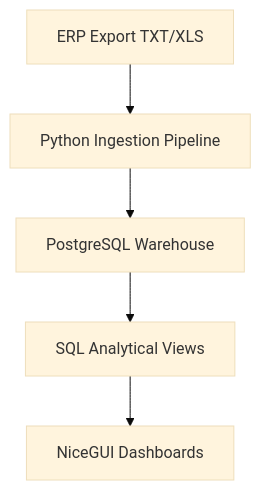
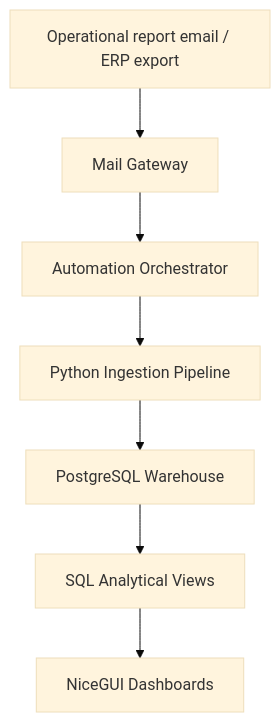
The diagram in README.md (Maxim-Venevtsev/receivables-analytics-platform), drawn with Mermaid (base theme) before and after one commit. The commit also changed other lines of this file and 25 other files, not shown here.

Commit message:
Add automated mail ingestion pipeline

````diff
--- a/README.md
+++ b/README.md
@@ -66,8 +66,10 @@
 ```mermaid
 flowchart TD
-    A[ERP Export TXT/XLS]
-    --> B[Python Ingestion Pipeline]
-    --> C[PostgreSQL Warehouse]
-    --> D[SQL Analytical Views]
-    --> E[NiceGUI Dashboards]
+    A[Operational report email / ERP export]
+    --> B[Mail Gateway]
+    --> C[Automation Orchestrator]
+    --> D[Python Ingestion Pipeline]
+    --> E[PostgreSQL Warehouse]
+    --> F[SQL Analytical Views]
+    --> G[NiceGUI Dashboards]
 ```
````
